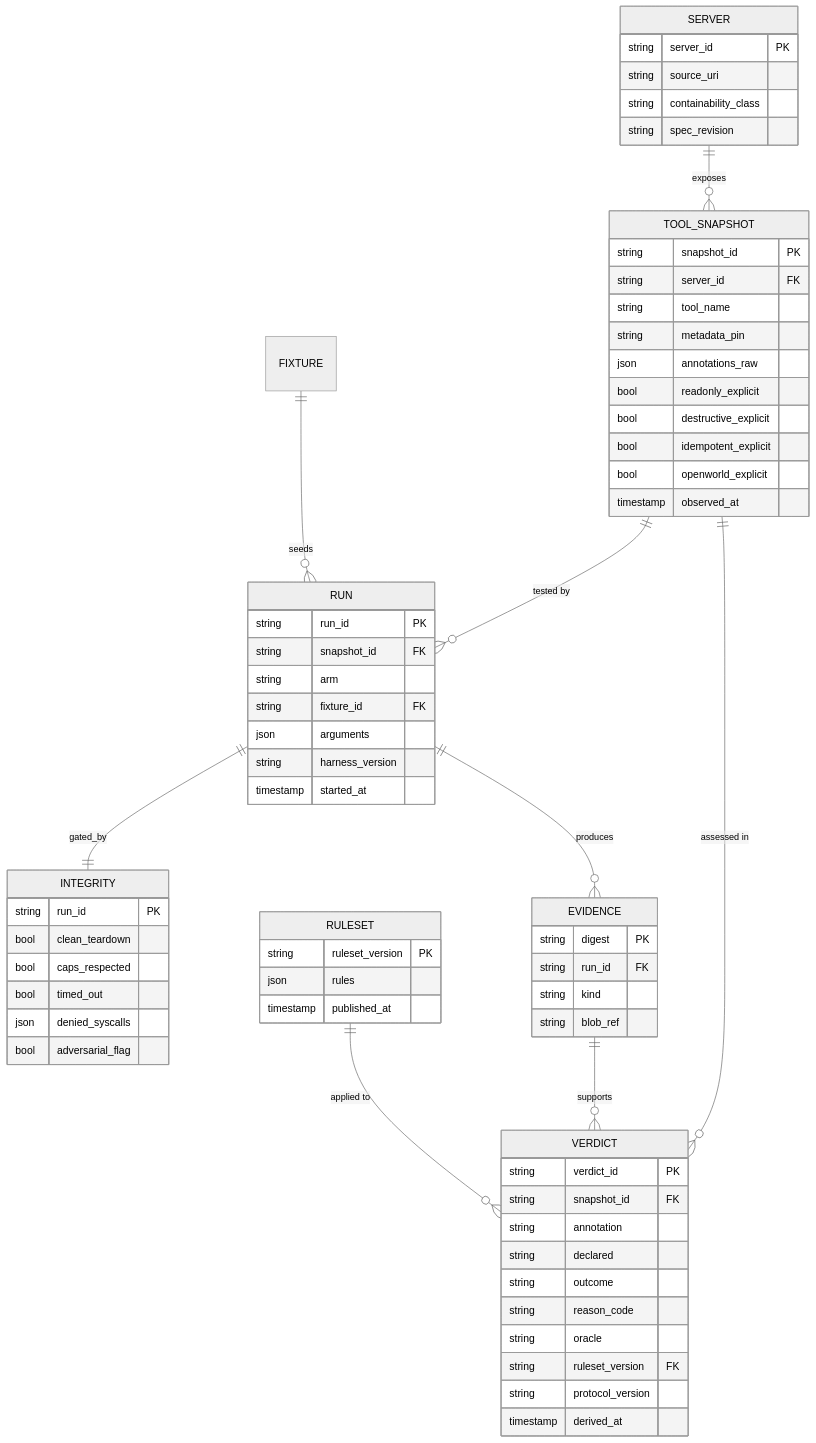
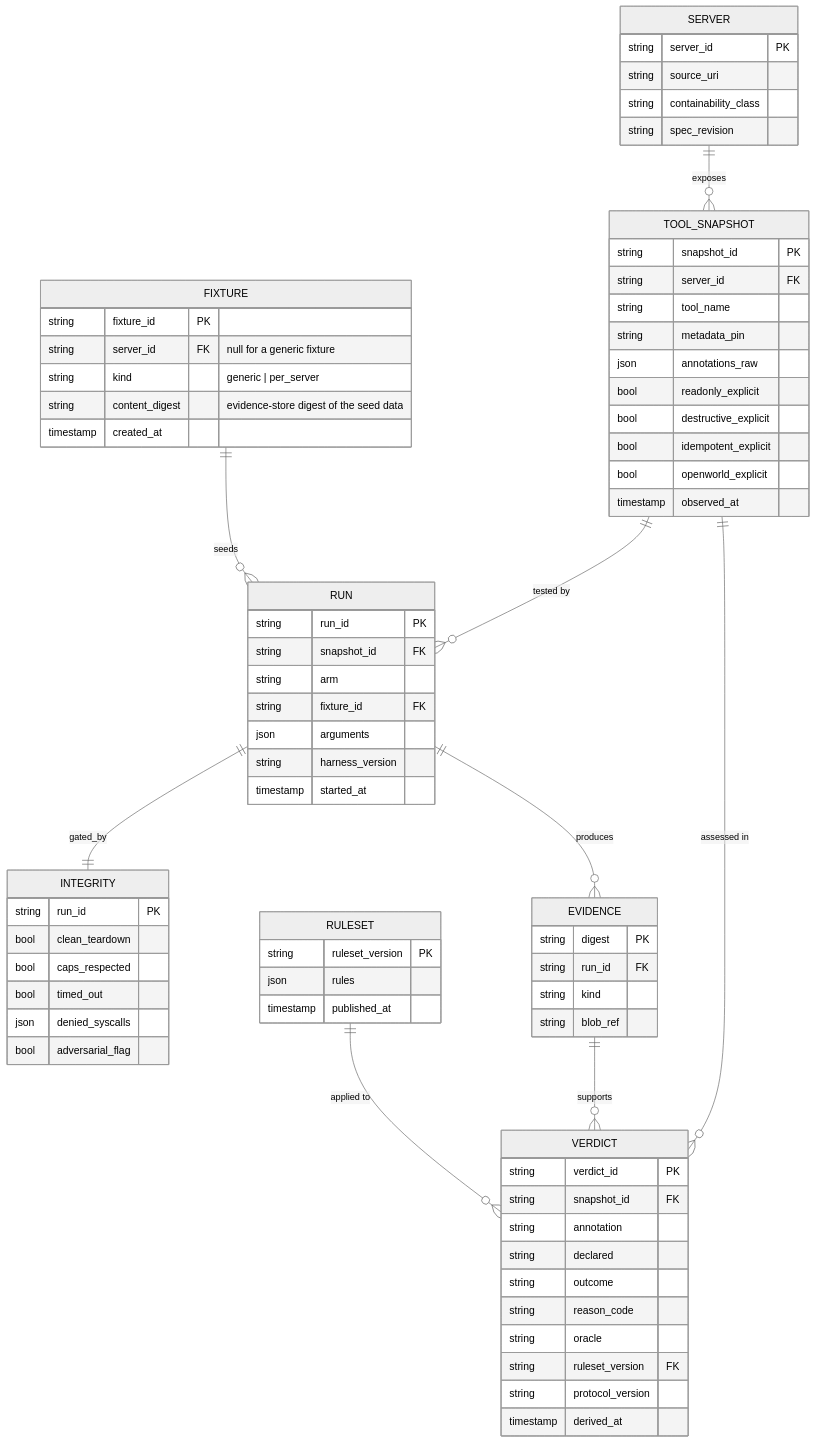
The ninth of 10 diagrams in docs/architecture.md (junhecui/mcp-conformance), drawn with Mermaid (neutral theme) before and after one commit. The commit also changed other lines of this file and 6 other files, not shown here.

First line of the commit message:
Land F-06: metadata DB schema

````diff
--- a/docs/architecture.md
+++ b/docs/architecture.md
@@ -373,70 +373,77 @@
 ```mermaid
 erDiagram
     SERVER ||--o{ TOOL_SNAPSHOT : exposes
     TOOL_SNAPSHOT ||--o{ RUN : "tested by"
     TOOL_SNAPSHOT ||--o{ VERDICT : "assessed in"
     RUN ||--|| INTEGRITY : gated_by
     RUN ||--o{ EVIDENCE : produces
     EVIDENCE ||--o{ VERDICT : supports
     RULESET ||--o{ VERDICT : "applied to"
     FIXTURE ||--o{ RUN : seeds
 
     SERVER {
         string server_id PK
         string source_uri
         string containability_class
         string spec_revision
     }
     TOOL_SNAPSHOT {
         string snapshot_id PK
         string server_id FK
         string tool_name
         string metadata_pin
         json annotations_raw
         bool readonly_explicit
         bool destructive_explicit
         bool idempotent_explicit
         bool openworld_explicit
         timestamp observed_at
     }
     RUN {
         string run_id PK
         string snapshot_id FK
         string arm
         string fixture_id FK
         json arguments
         string harness_version
         timestamp started_at
     }
     INTEGRITY {
         string run_id PK
         bool clean_teardown
         bool caps_respected
         bool timed_out
         json denied_syscalls
         bool adversarial_flag
     }
     EVIDENCE {
         string digest PK
         string run_id FK
         string kind
         string blob_ref
     }
     VERDICT {
         string verdict_id PK
         string snapshot_id FK
         string annotation
         string declared
         string outcome
         string reason_code
         string oracle
         string ruleset_version FK
         string protocol_version
         timestamp derived_at
     }
     RULESET {
         string ruleset_version PK
         json rules
         timestamp published_at
     }
+    FIXTURE {
+        string fixture_id PK
+        string server_id FK "null for a generic fixture"
+        string kind "generic | per_server"
+        string content_digest "evidence-store digest of the seed data"
+        timestamp created_at
+    }
 ```
````
